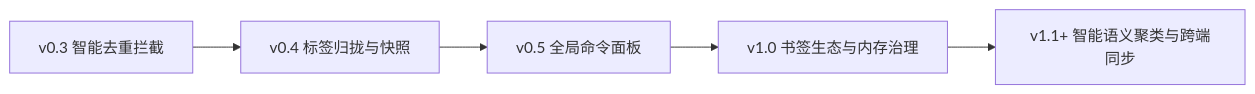
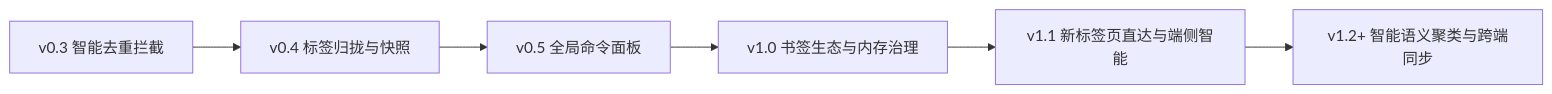
The diagram in README.md (coder-zhuzm/YiTab), drawn with Mermaid before and after one commit. The commit also changed other lines of this file and 3 other files, not shown here.

````diff
--- a/README.md
+++ b/README.md
@@ -184,7 +200,8 @@
 ```mermaid
 graph LR
     A[v0.3 智能去重拦截] --> B[v0.4 标签归拢与快照]
     B --> C[v0.5 全局命令面板]
     C --> D[v1.0 书签生态与内存治理]
-    D --> E[v1.1+ 智能语义聚类与跨端同步]
+    D --> E[v1.1 新标签页直达与端侧智能]
+    E --> F[v1.2+ 智能语义聚类与跨端同步]
 ```
````
